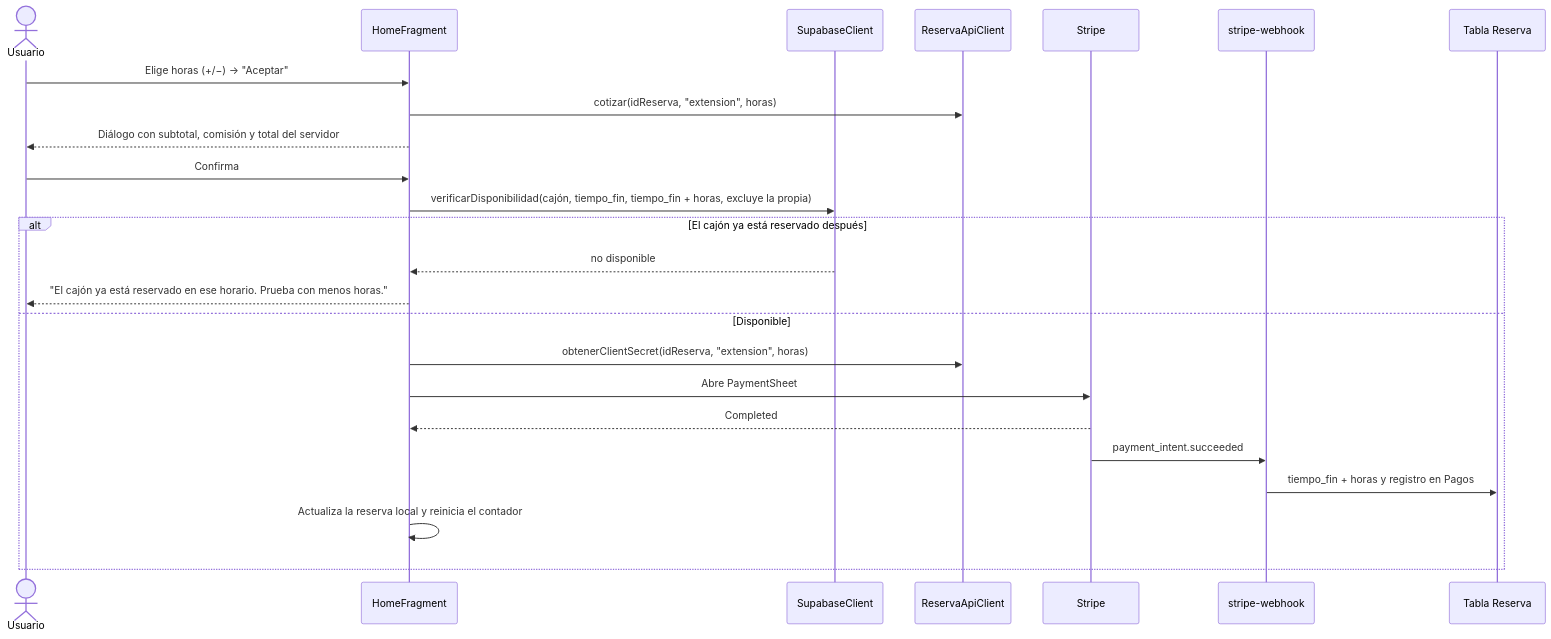
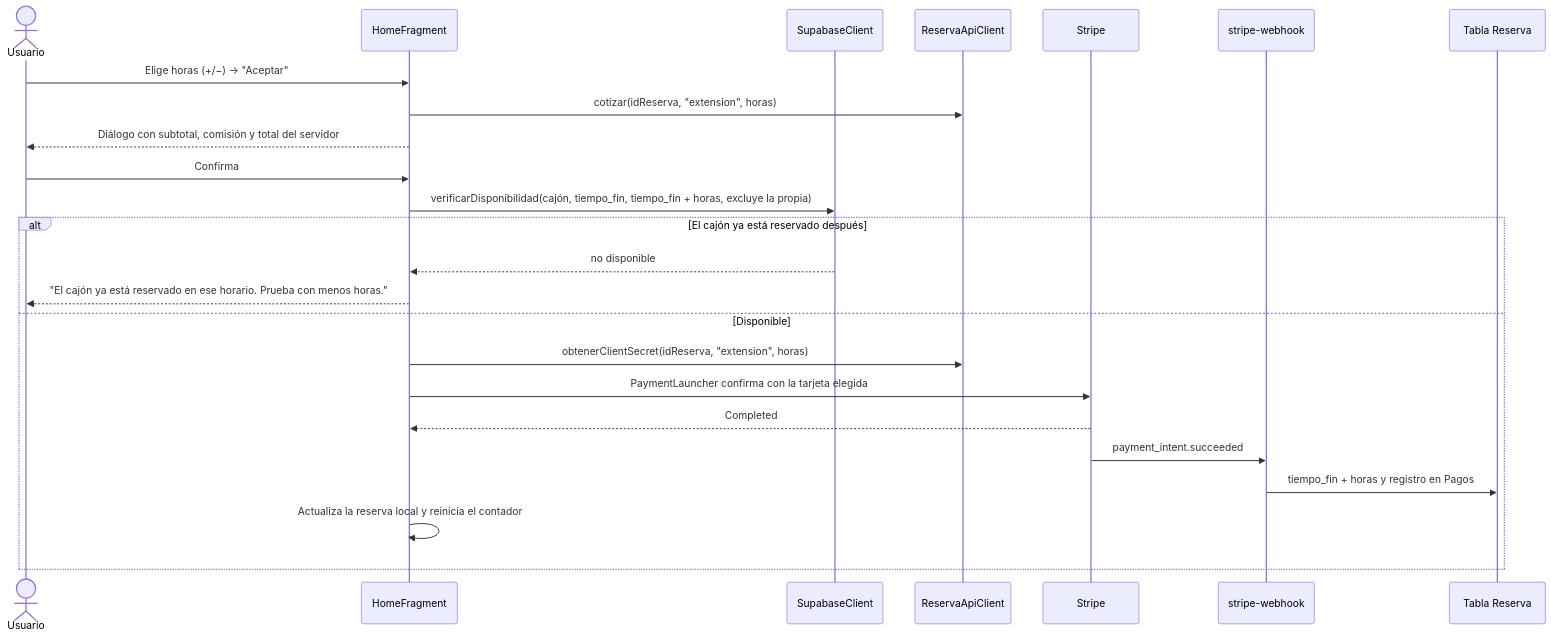
The fifth of 5 diagrams in docs/technical/Application/Flujo de reservas.md (albertgatez/SmartParking), drawn with Mermaid before and after one commit. The commit also changed other lines of this file and 46 other files, not shown here.

````diff
--- a/docs/technical/Application/Flujo de reservas.md
+++ b/docs/technical/Application/Flujo de reservas.md
@@ -197,27 +196,27 @@
 ```mermaid
 sequenceDiagram
     actor U as Usuario
     participant H as HomeFragment
     participant C as SupabaseClient
     participant API as ReservaApiClient
     participant ST as Stripe
     participant W as stripe-webhook
     participant DB as Tabla Reserva
 
     U->>H: Elige horas (+/−) → "Aceptar"
     H->>API: cotizar(idReserva, "extension", horas)
     H-->>U: Diálogo con subtotal, comisión y total del servidor
     U->>H: Confirma
     H->>C: verificarDisponibilidad(cajón, tiempo_fin, tiempo_fin + horas, excluye la propia)
     alt El cajón ya está reservado después
         C-->>H: no disponible
         H-->>U: "El cajón ya está reservado en ese horario. Prueba con menos horas."
     else Disponible
         H->>API: obtenerClientSecret(idReserva, "extension", horas)
-        H->>ST: Abre PaymentSheet
+        H->>ST: PaymentLauncher confirma con la tarjeta elegida
         ST-->>H: Completed
         ST->>W: payment_intent.succeeded
         W->>DB: tiempo_fin + horas y registro en Pagos
         H->>H: Actualiza la reserva local y reinicia el contador
     end
 ```
````
